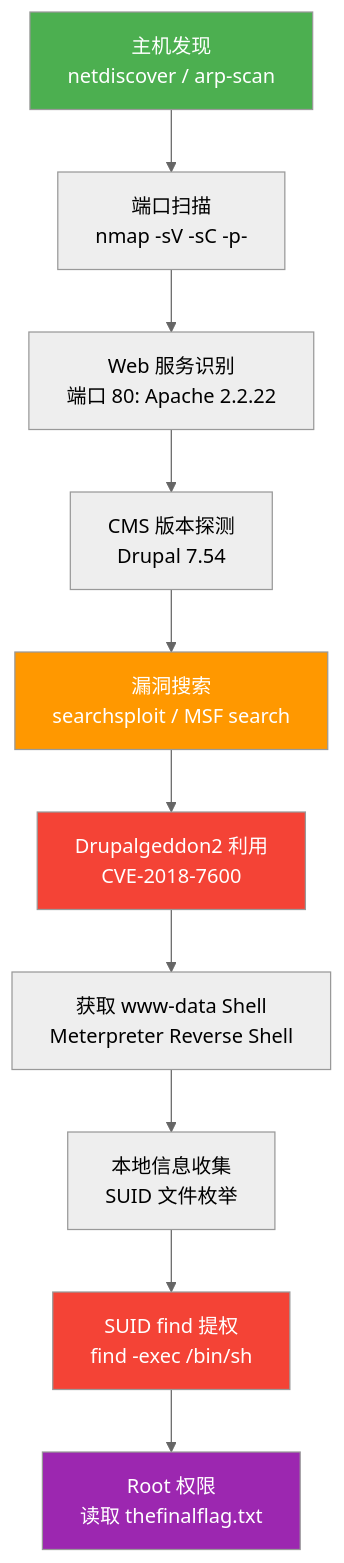
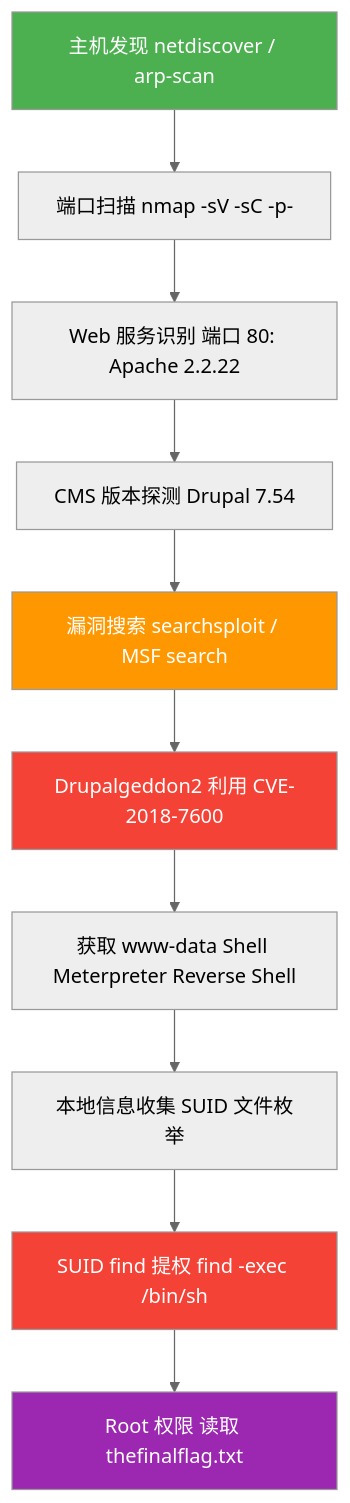
The diagram in source/_posts/VulnHub-DC1-writeup.md (congliang/congliang.github.io), drawn with Mermaid (neutral theme) before and after one commit. The commit also changed other lines of this file and 139 other files, not shown here.

````diff
--- a/source/_posts/VulnHub-DC1-writeup.md
+++ b/source/_posts/VulnHub-DC1-writeup.md
@@ -170,18 +170,18 @@
 ```mermaid
 flowchart TD
-    A[主机发现<br/>netdiscover / arp-scan] --> B[端口扫描<br/>nmap -sV -sC -p-]
-    B --> C[Web 服务识别<br/>端口 80: Apache 2.2.22]
-    C --> D[CMS 版本探测<br/>Drupal 7.54]
-    D --> E[漏洞搜索<br/>searchsploit / MSF search]
-    E --> F[Drupalgeddon2 利用<br/>CVE-2018-7600]
-    F --> G[获取 www-data Shell<br/>Meterpreter Reverse Shell]
-    G --> H[本地信息收集<br/>SUID 文件枚举]
-    H --> I[SUID find 提权<br/>find -exec /bin/sh]
-    I --> J[Root 权限<br/>读取 thefinalflag.txt]
+    A[主机发现 netdiscover / arp-scan] --> B[端口扫描 nmap -sV -sC -p-]
+    B --> C[Web 服务识别 端口 80: Apache 2.2.22]
+    C --> D[CMS 版本探测 Drupal 7.54]
+    D --> E[漏洞搜索 searchsploit / MSF search]
+    E --> F[Drupalgeddon2 利用 CVE-2018-7600]
+    F --> G[获取 www-data Shell Meterpreter Reverse Shell]
+    G --> H[本地信息收集 SUID 文件枚举]
+    H --> I[SUID find 提权 find -exec /bin/sh]
+    I --> J[Root 权限 读取 thefinalflag.txt]
     
     style A fill:#4CAF50,color:#fff
     style E fill:#FF9800,color:#fff
     style F fill:#F44336,color:#fff
     style I fill:#F44336,color:#fff
     style J fill:#9C27B0,color:#fff
 ```
````
